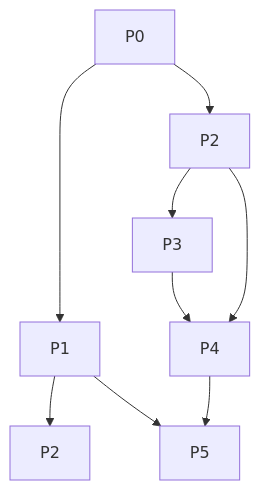
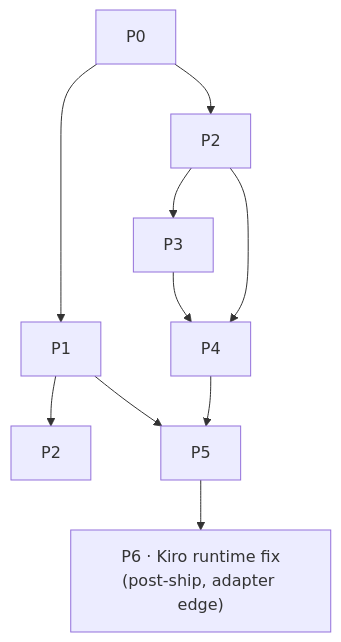
One commit to iiezhachenko/agentic-delivery-system changed the diagram in _ship/02-tasks/00-index.md. Above: the diagram before and after it, drawn with Mermaid. The commit also changed other lines of this file and 4 other files, not shown here.

First line of the commit message:
Update Kiro runtime handling and documentation

````diff
--- a/_ship/02-tasks/00-index.md
+++ b/_ship/02-tasks/00-index.md
@@ -23,11 +24,12 @@
 ```mermaid
 flowchart TD
   P0 --> P1
   P0 --> P2
   P1 --> P2x[P2]
   P2 --> P3
   P2 --> P4
   P3 --> P4
   P4 --> P5
   P1 --> P5
+  P5 --> P6["P6 · Kiro runtime fix<br/>(post-ship, adapter edge)"]
 ```
````
